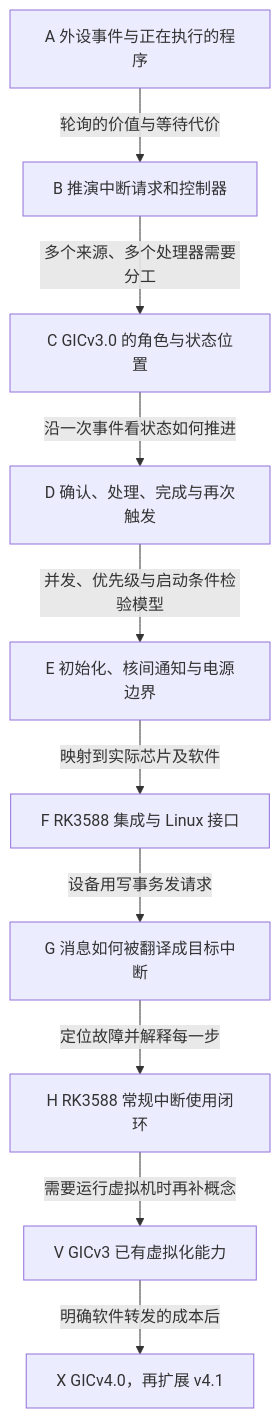
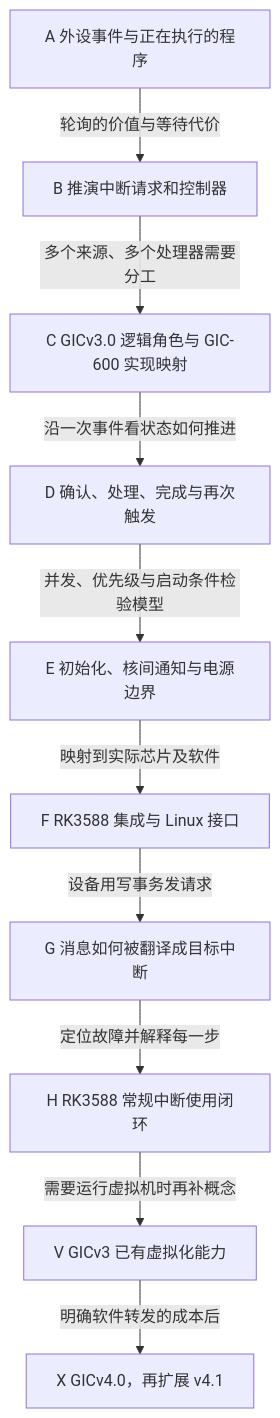
Before and after one commit to FormingSystem/linux_note: the diagram in atlas/roadmaps/gic_learning_plan.md, drawn with Mermaid. The commit also changed other lines of this file and 124 other files, not shown here.

````diff
--- a/atlas/roadmaps/gic_learning_plan.md
+++ b/atlas/roadmaps/gic_learning_plan.md
@@ -31,12 +33,12 @@
 ```mermaid
 flowchart TD
     A["A 外设事件与正在执行的程序"] -->|"轮询的价值与等待代价"| B["B 推演中断请求和控制器"]
-    B -->|"多个来源、多个处理器需要分工"| C["C GICv3.0 的角色与状态位置"]
+    B -->|"多个来源、多个处理器需要分工"| C["C GICv3.0 逻辑角色与 GIC-600 实现映射"]
     C -->|"沿一次事件看状态如何推进"| D["D 确认、处理、完成与再次触发"]
     D -->|"并发、优先级与启动条件检验模型"| E["E 初始化、核间通知与电源边界"]
     E -->|"映射到实际芯片及软件"| F["F RK3588 集成与 Linux 接口"]
     F -->|"设备用写事务发请求"| G["G 消息如何被翻译成目标中断"]
     G -->|"定位故障并解释每一步"| H["H RK3588 常规中断使用闭环"]
     H -->|"需要运行虚拟机时再补概念"| V["V GICv3 已有虚拟化能力"]
     V -->|"明确软件转发的成本后"| X["X GICv4.0，再扩展 v4.1"]
 ```
````
